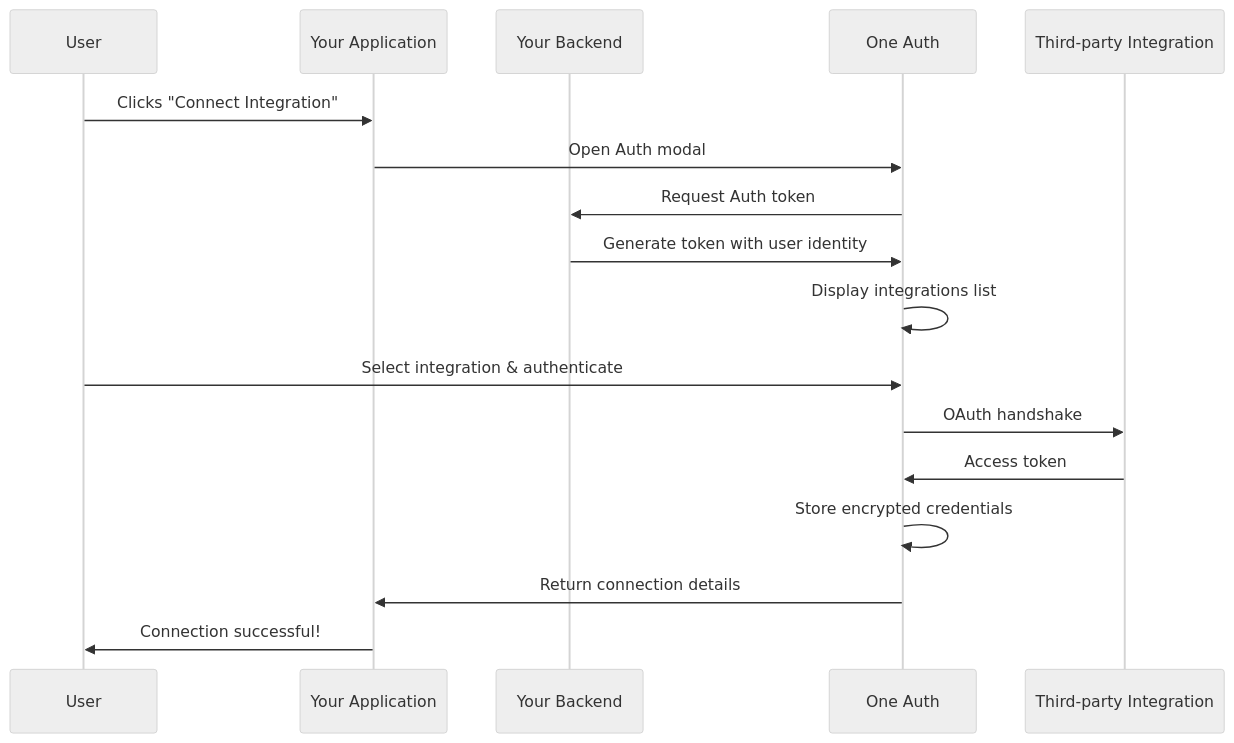
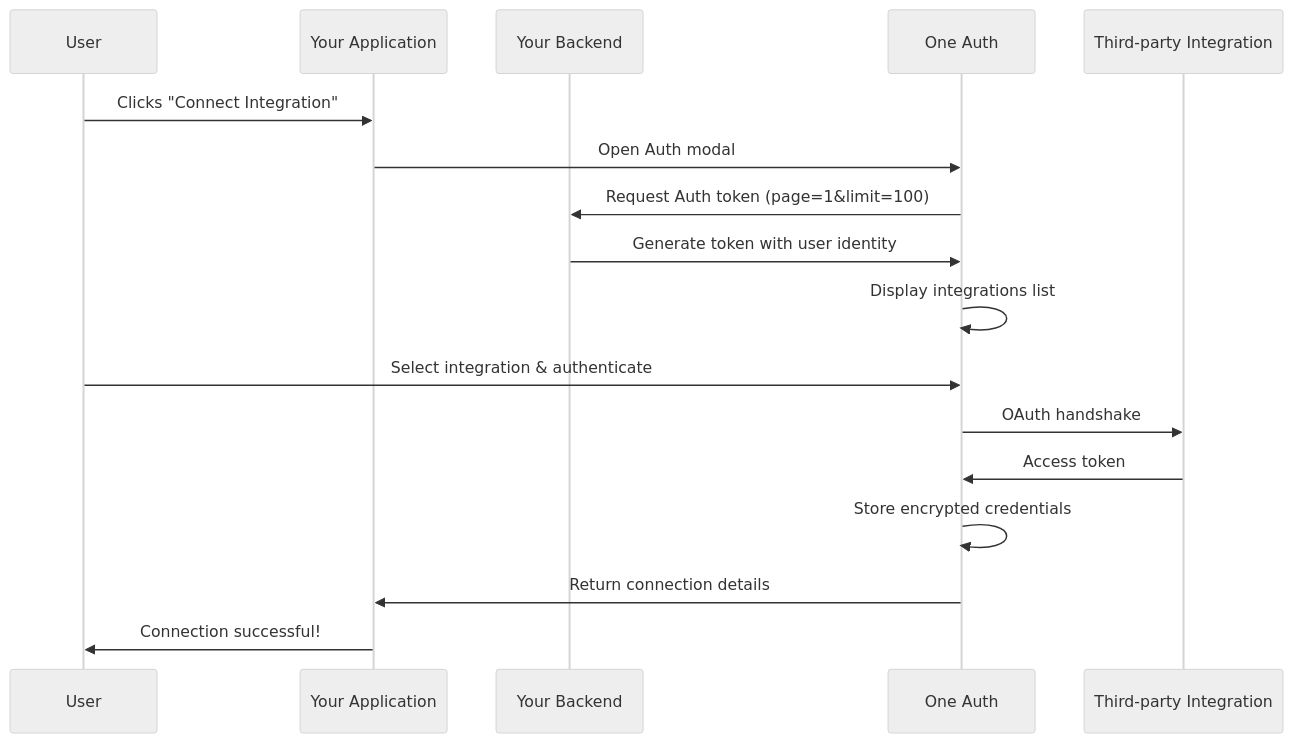
Before and after one commit to withoneai/auth: the diagram in README.md, drawn with Mermaid (neutral theme). The commit also changed other lines of this file, not shown here.

````diff
--- a/README.md
+++ b/README.md
@@ -165,20 +226,20 @@
 ```mermaid
 sequenceDiagram
     participant User
     participant YourApp as Your Application
     participant YourBackend as Your Backend
     participant One as One Auth
     participant Integration as Third-party Integration
 
     User->>YourApp: Clicks "Connect Integration"
     YourApp->>One: Open Auth modal
-    One->>YourBackend: Request Auth token
+    One->>YourBackend: Request Auth token (page=1&limit=100)
     YourBackend->>One: Generate token with user identity
     One->>One: Display integrations list
     User->>One: Select integration & authenticate
     One->>Integration: OAuth handshake
     Integration->>One: Access token
     One->>One: Store encrypted credentials
     One->>YourApp: Return connection details
     YourApp->>User: Connection successful!
 ```
````
